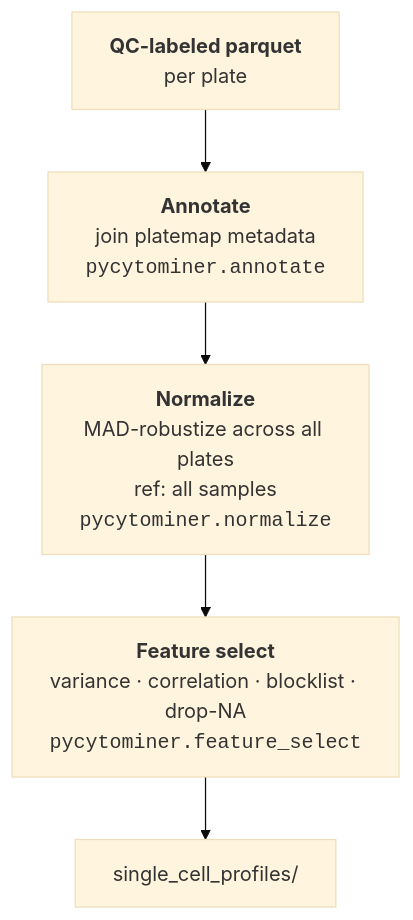
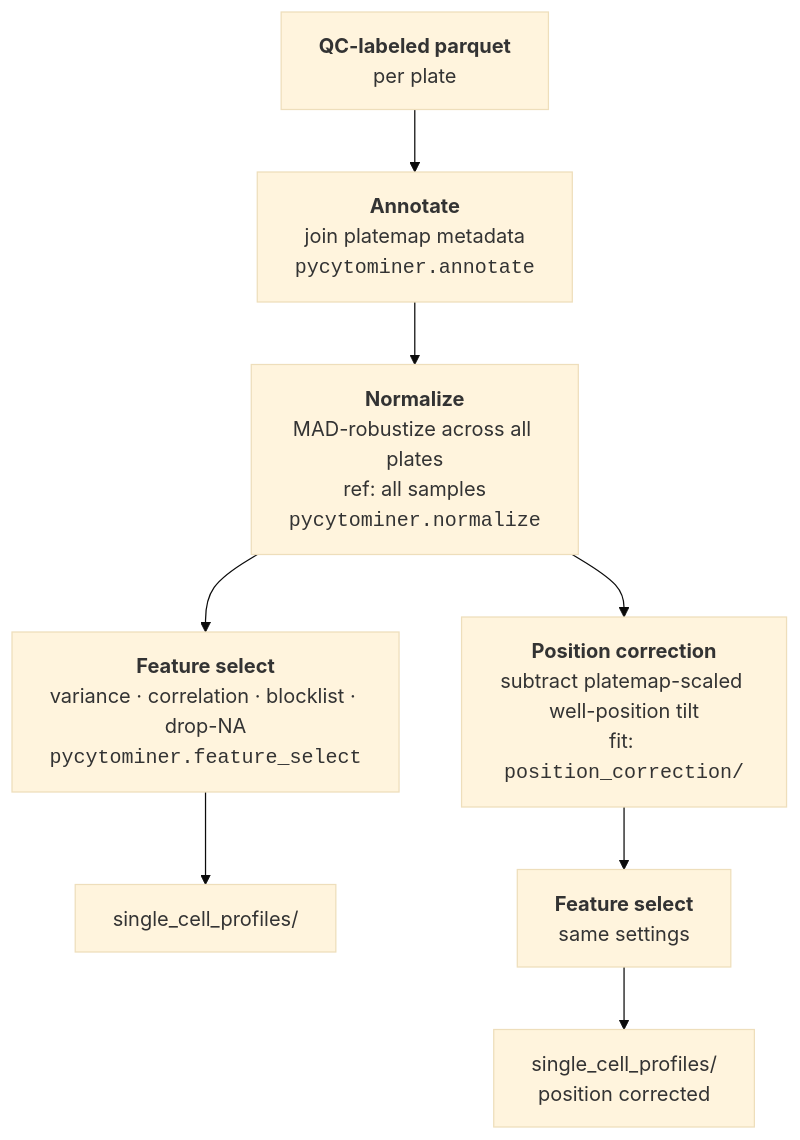
The second of 3 diagrams in 3.preprocessing_features/README.md (WayScience/targeted_fibrosis_drug_screen), drawn with Mermaid (base theme) before and after one commit. The commit also changed other lines of this file and 3 other files, not shown here.

First line of the commit message:
Add step to apply the position correction to single-cell profiles

````diff
--- a/3.preprocessing_features/README.md
+++ b/3.preprocessing_features/README.md
@@ -34,7 +34,10 @@
 ```mermaid
 flowchart TD
     A["<b>QC-labeled parquet</b><br/>per plate"] --> B["<b>Annotate</b><br/>join platemap metadata<br/><code>pycytominer.annotate</code>"]
     B --> C["<b>Normalize</b><br/>MAD-robustize across all plates<br/>ref: all samples<br/><code>pycytominer.normalize</code>"]
     C --> D["<b>Feature select</b><br/>variance · correlation · blocklist · drop-NA<br/><code>pycytominer.feature_select</code>"]
     D --> E[single_cell_profiles/]
+    C --> F["<b>Position correction</b><br/>subtract platemap-scaled well-position tilt<br/>fit: <code>position_correction/</code>"]
+    F --> G["<b>Feature select</b><br/>same settings"]
+    G --> H[single_cell_profiles/<br/>position corrected]
 ```
````
